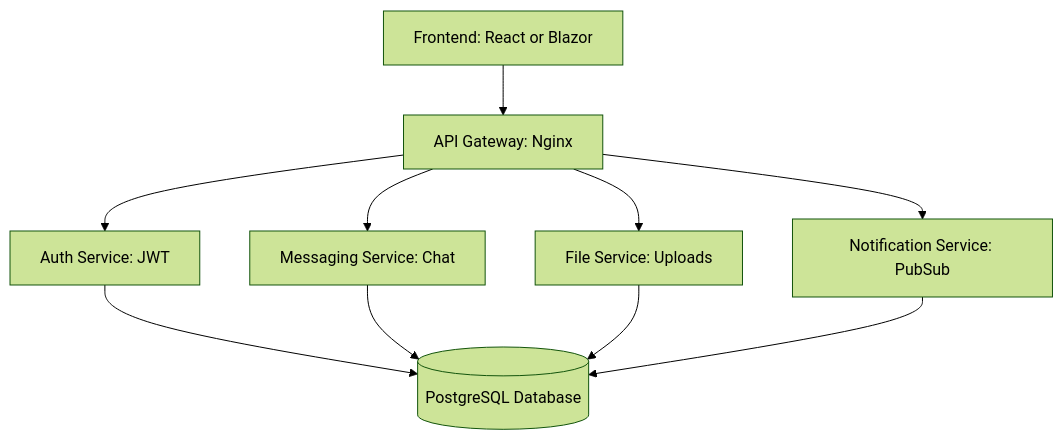
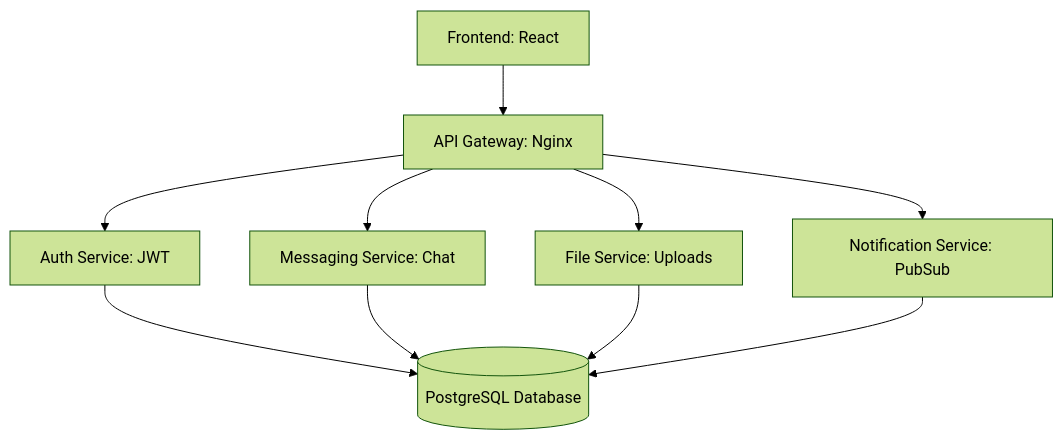
One commit to CHHerndon/CollabMicro changed the diagram in README.md. Above: the diagram before and after it, drawn with Mermaid (forest theme). The commit also changed other lines of this file, not shown here.

````diff
--- a/README.md
+++ b/README.md
@@ -31,21 +31,21 @@
 ```mermaid
 flowchart TB
-    UI[Frontend: React or Blazor]
+    UI[Frontend: React]
     GW[API Gateway: Nginx]
     AUTH[Auth Service: JWT]
     MSG[Messaging Service: Chat]
     FILES[File Service: Uploads]
     NOTI[Notification Service: PubSub]
     DB[(PostgreSQL Database)]
 
     UI --> GW
     GW --> AUTH
     GW --> MSG
     GW --> FILES
     GW --> NOTI
 
     AUTH --> DB
     MSG --> DB
     FILES --> DB
     NOTI --> DB
 ```
````
